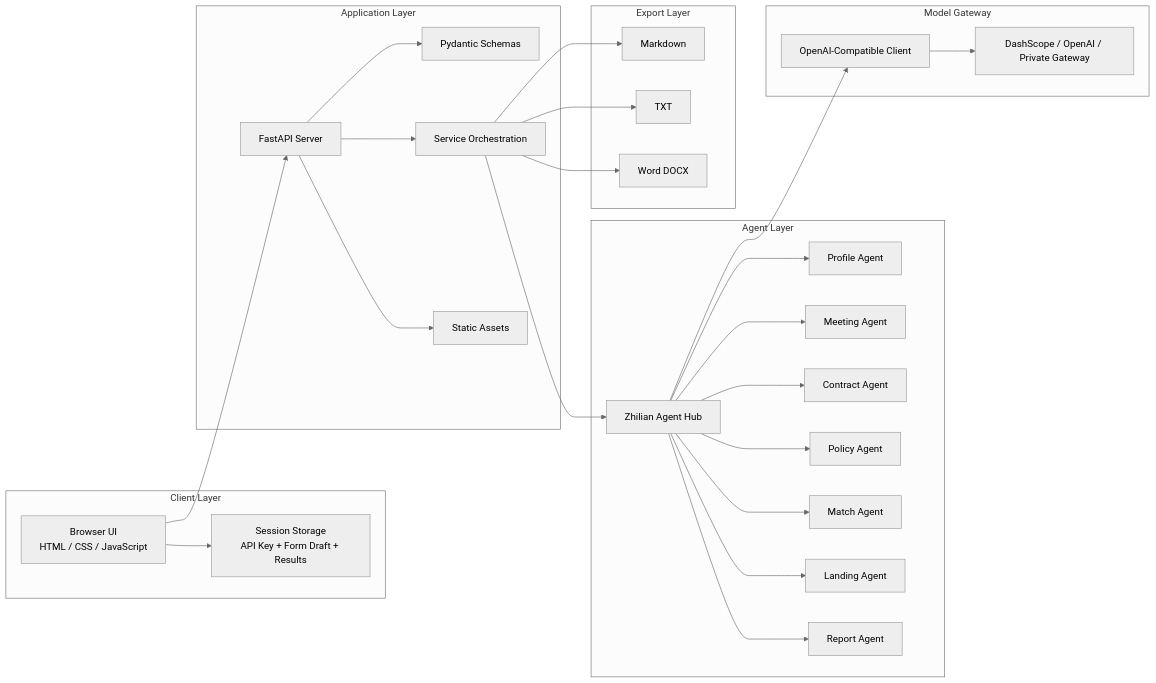
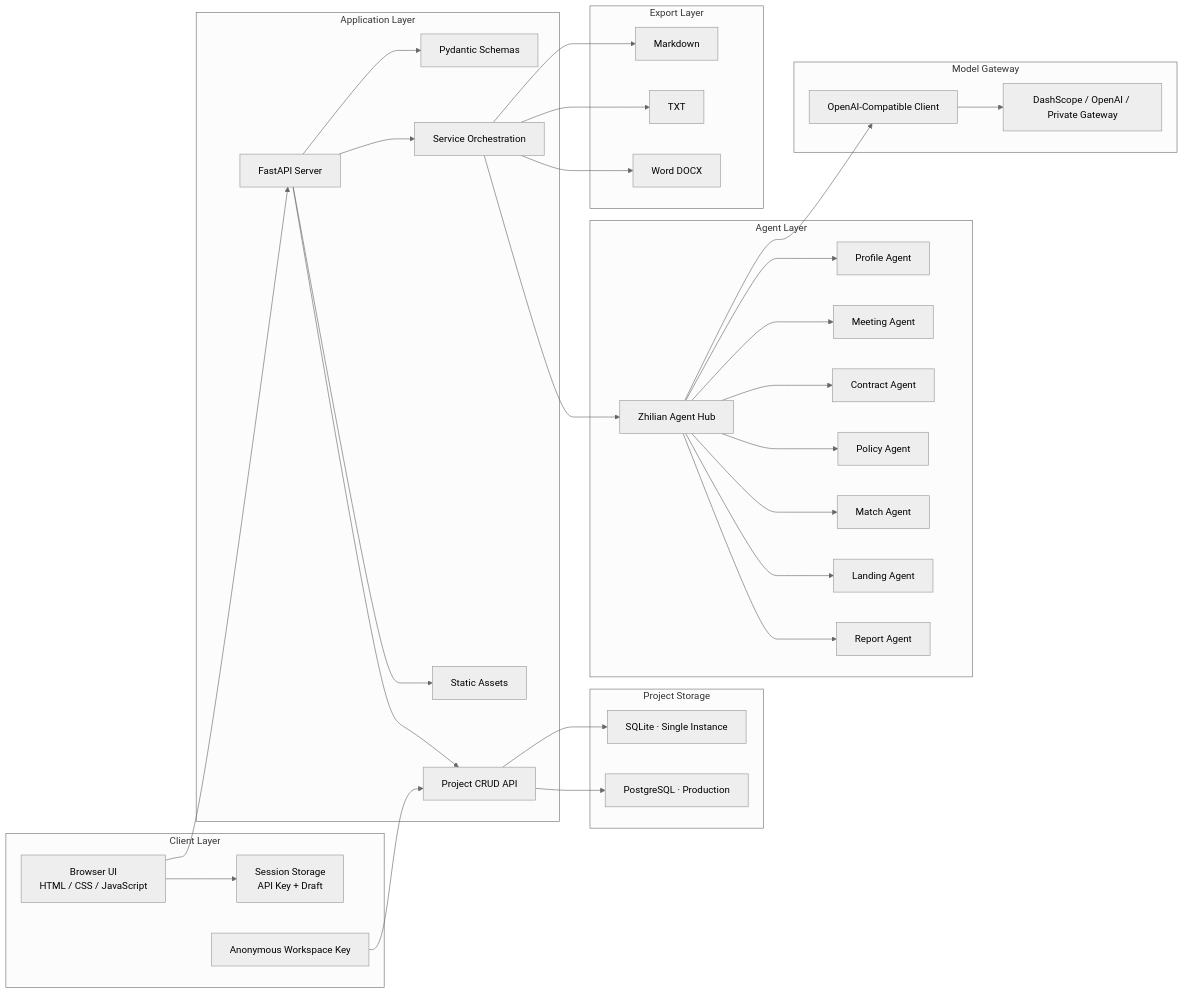
One commit to liqinglq666/zhilink-tianhe-enterprise-ai-workspace changed the second of 7 diagrams in README.md. Above: the diagram before and after it, drawn with Mermaid (neutral theme). The commit also changed other lines of this file, not shown here.

Commit message:
docs: clarify explicit project persistence

````diff
--- a/README.md
+++ b/README.md
@@ -235,55 +249,66 @@
 ```mermaid
 flowchart LR
     subgraph Client["Client Layer"]
         Browser["Browser UI<br/>HTML / CSS / JavaScript"]
-        Session["Session Storage<br/>API Key + Form Draft + Results"]
+        Session["Session Storage<br/>API Key + Draft"]
+        Workspace["Anonymous Workspace Key"]
     end
 
     subgraph App["Application Layer"]
         FastAPI["FastAPI Server"]
         Schemas["Pydantic Schemas"]
         Service["Service Orchestration"]
         Static["Static Assets"]
+        ProjectAPI["Project CRUD API"]
+    end
+
+    subgraph Storage["Project Storage"]
+        SQLite["SQLite · Single Instance"]
+        Postgres["PostgreSQL · Production"]
     end
 
     subgraph Agent["Agent Layer"]
         Hub["Zhilian Agent Hub"]
         A1["Profile Agent"]
         A2["Meeting Agent"]
         A3["Contract Agent"]
         A4["Policy Agent"]
         A5["Match Agent"]
         A6["Landing Agent"]
         A7["Report Agent"]
     end
 
     subgraph Model["Model Gateway"]
         LLMClient["OpenAI-Compatible Client"]
         Provider["DashScope / OpenAI / Private Gateway"]
     end
 
     subgraph Export["Export Layer"]
         Markdown["Markdown"]
         TXT["TXT"]
         DOCX["Word DOCX"]
     end
 
     Browser --> Session
     Browser --> FastAPI
+    Workspace --> ProjectAPI
     FastAPI --> Static
     FastAPI --> Schemas
     FastAPI --> Service
+    FastAPI --> ProjectAPI
+    ProjectAPI --> SQLite
+    ProjectAPI --> Postgres
     Service --> Hub
     Hub --> A1
     Hub --> A2
     Hub --> A3
     Hub --> A4
     Hub --> A5
     Hub --> A6
     Hub --> A7
     Hub --> LLMClient
     LLMClient --> Provider
     Service --> Markdown
     Service --> TXT
     Service --> DOCX
 ```
````
